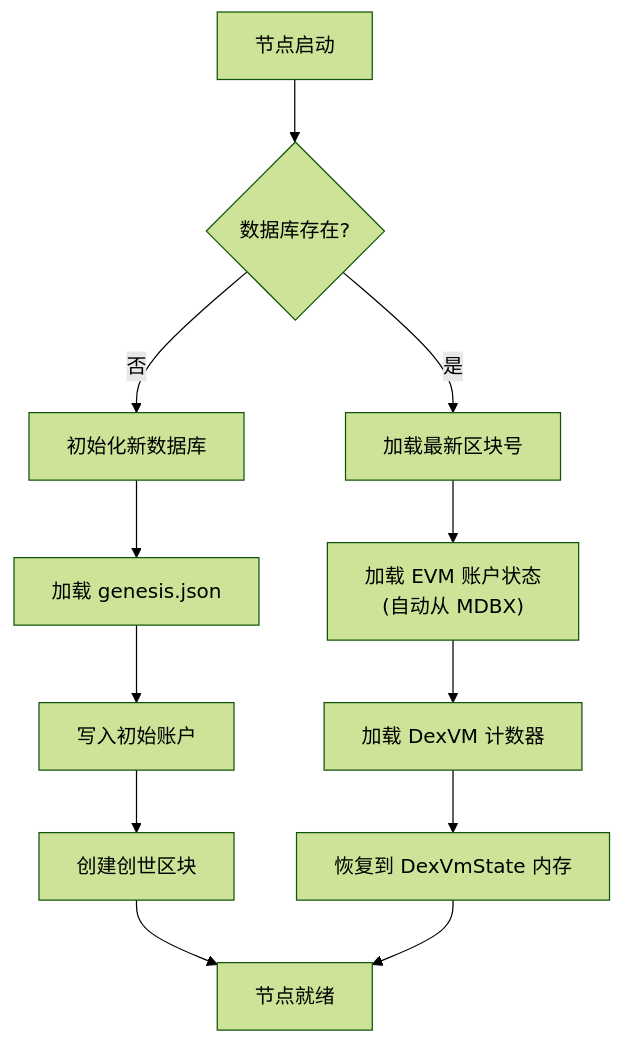
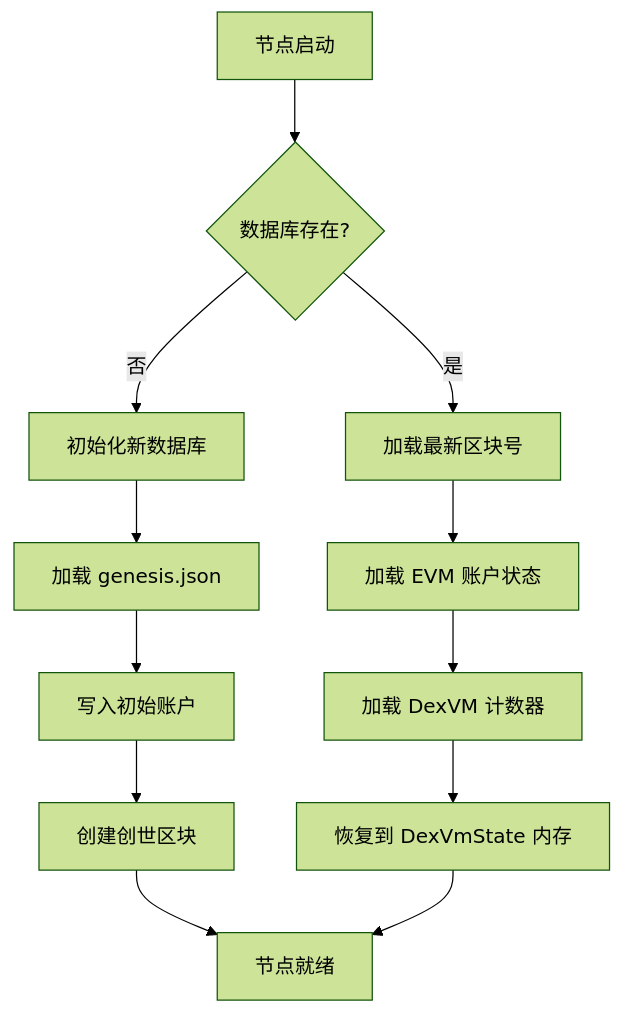
The sixth of 6 diagrams in notes/06-storage-layer.md (J1a-wei/reth-demo), drawn with Mermaid (forest theme) before and after one commit. The commit also changed other lines of this file and 4 other files, not shown here.

````diff
--- a/notes/06-storage-layer.md
+++ b/notes/06-storage-layer.md
@@ -323,16 +323,16 @@
 ```mermaid
 flowchart TD
     START[节点启动] --> CHECK{数据库存在?}
 
     CHECK -->|否| INIT[初始化新数据库]
     INIT --> LOAD_GENESIS[加载 genesis.json]
     LOAD_GENESIS --> WRITE_ALLOC[写入初始账户]
     WRITE_ALLOC --> CREATE_GENESIS_BLOCK[创建创世区块]
     CREATE_GENESIS_BLOCK --> READY[节点就绪]
 
     CHECK -->|是| LOAD_LATEST[加载最新区块号]
-    LOAD_LATEST --> LOAD_ACCOUNTS["加载 EVM 账户状态<br/>(自动从 MDBX)"]
+    LOAD_LATEST --> LOAD_ACCOUNTS["加载 EVM 账户状态"]
     LOAD_ACCOUNTS --> LOAD_COUNTERS[加载 DexVM 计数器]
     LOAD_COUNTERS --> RESTORE_STATE["恢复到 DexVmState 内存"]
     RESTORE_STATE --> READY
 ```
````
